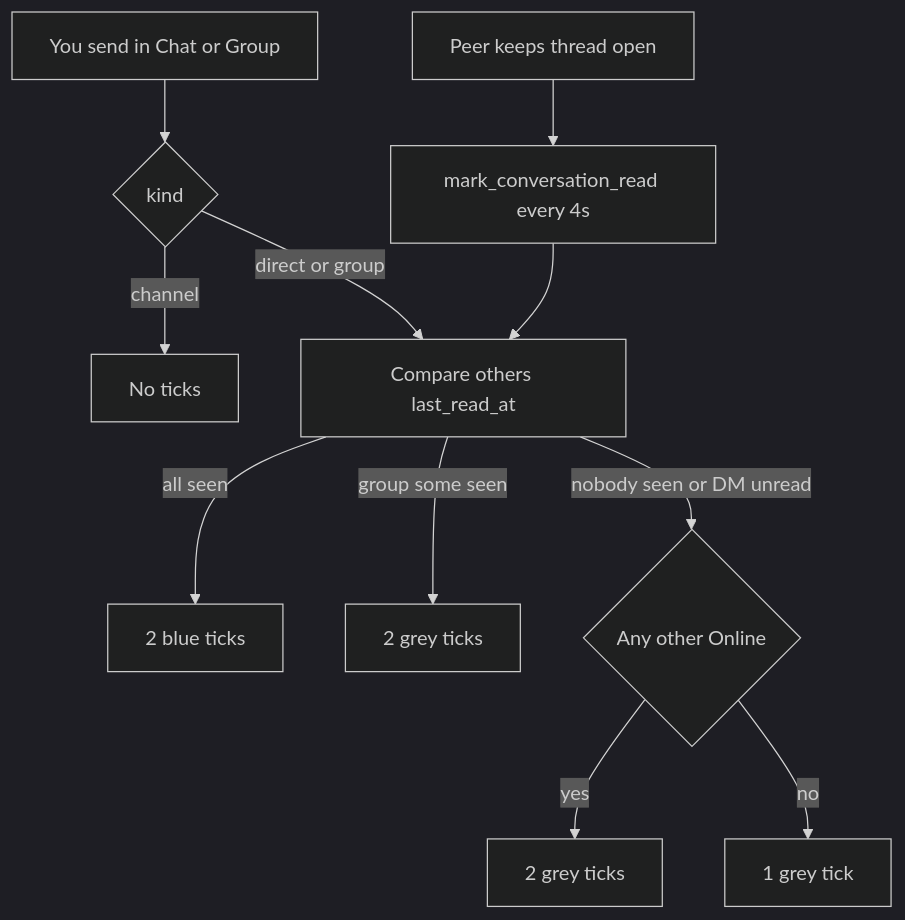
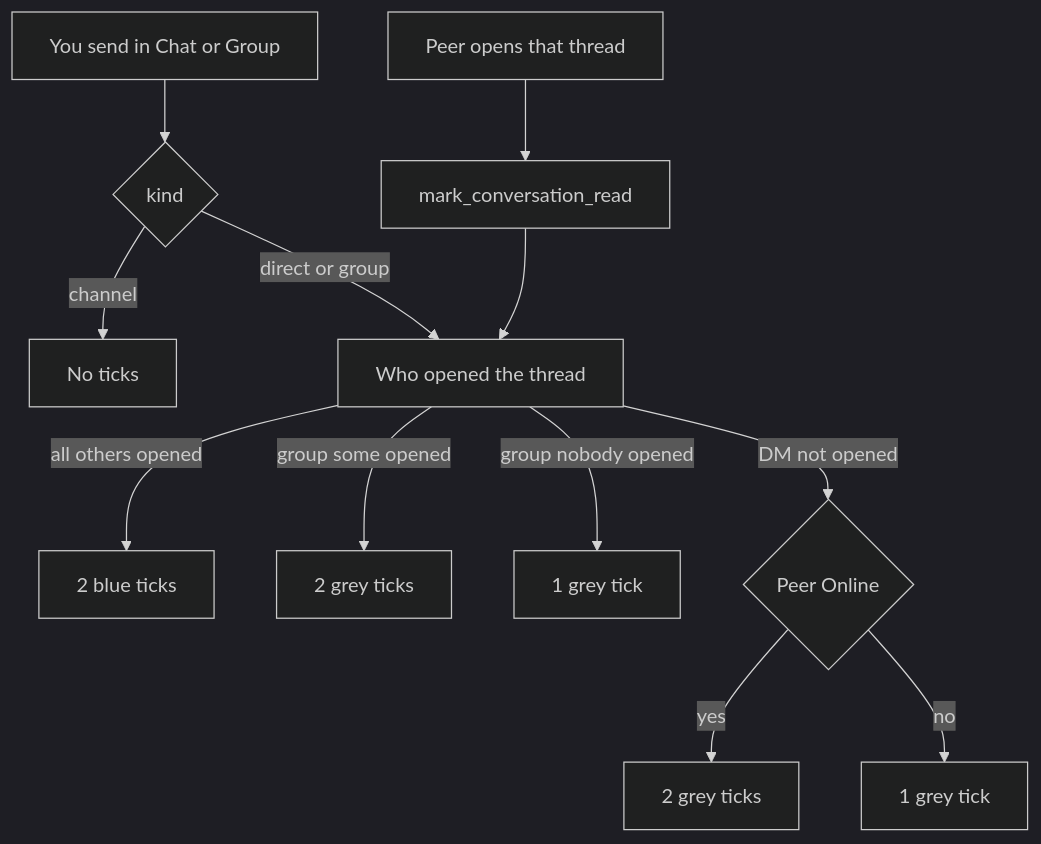
Diagram 34 of 37 in docs/FLOWCHARTS.md (Mayur8291/Printing-Tracker), drawn with Mermaid (dark theme) before and after one commit. The commit also changed other lines of this file and 9 other files, not shown here.

````diff
--- a/docs/FLOWCHARTS.md
+++ b/docs/FLOWCHARTS.md
@@ -705,13 +707,14 @@
 ```mermaid
 flowchart TD
   Send[You send in Chat or Group] --> Kind{kind}
   Kind -->|channel| None[No ticks]
-  Kind -->|direct or group| Reads[Compare others last_read_at]
-  Reads -->|all seen| Blue[2 blue ticks]
-  Reads -->|group some seen| Grey2Always[2 grey ticks]
-  Reads -->|nobody seen or DM unread| Dash{Any other Online}
-  Dash -->|yes| Grey2[2 grey ticks]
-  Dash -->|no| Grey1[1 grey tick]
-  Open[Peer keeps thread open] --> Beat[mark_conversation_read every 4s]
+  Kind -->|direct or group| Reads[Who opened the thread]
+  Reads -->|all others opened| Blue[2 blue ticks]
+  Reads -->|group some opened| Grey2[2 grey ticks]
+  Reads -->|group nobody opened| Grey1[1 grey tick]
+  Reads -->|DM not opened| Dash{Peer Online}
+  Dash -->|yes| DmGrey2[2 grey ticks]
+  Dash -->|no| DmGrey1[1 grey tick]
+  Open[Peer opens that thread] --> Beat[mark_conversation_read]
   Beat --> Reads
 ```
````
